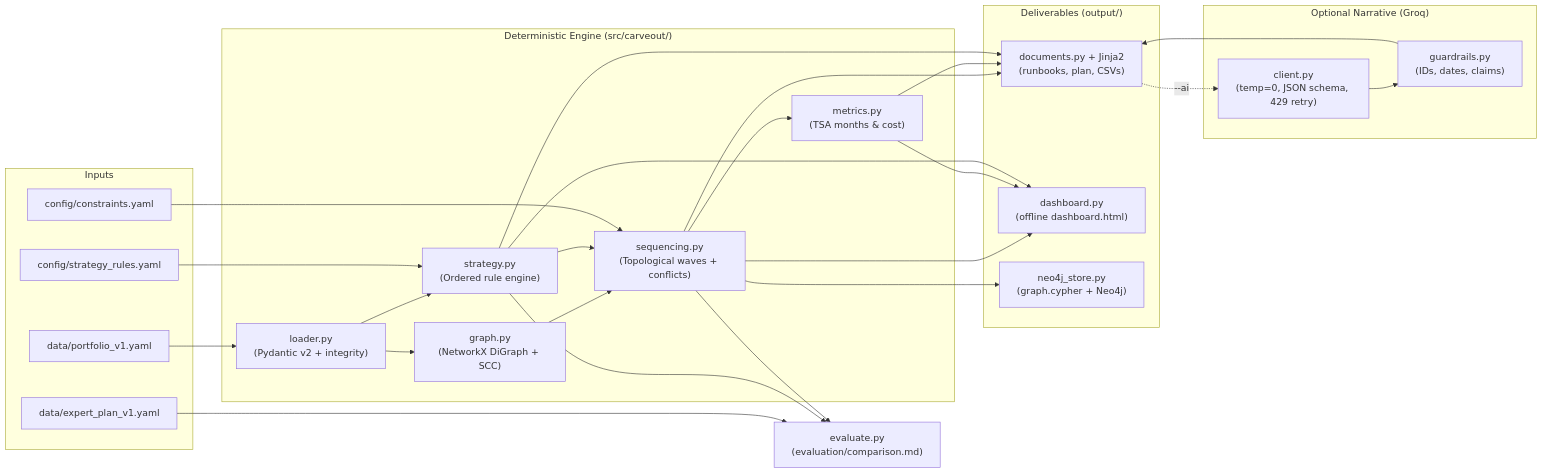
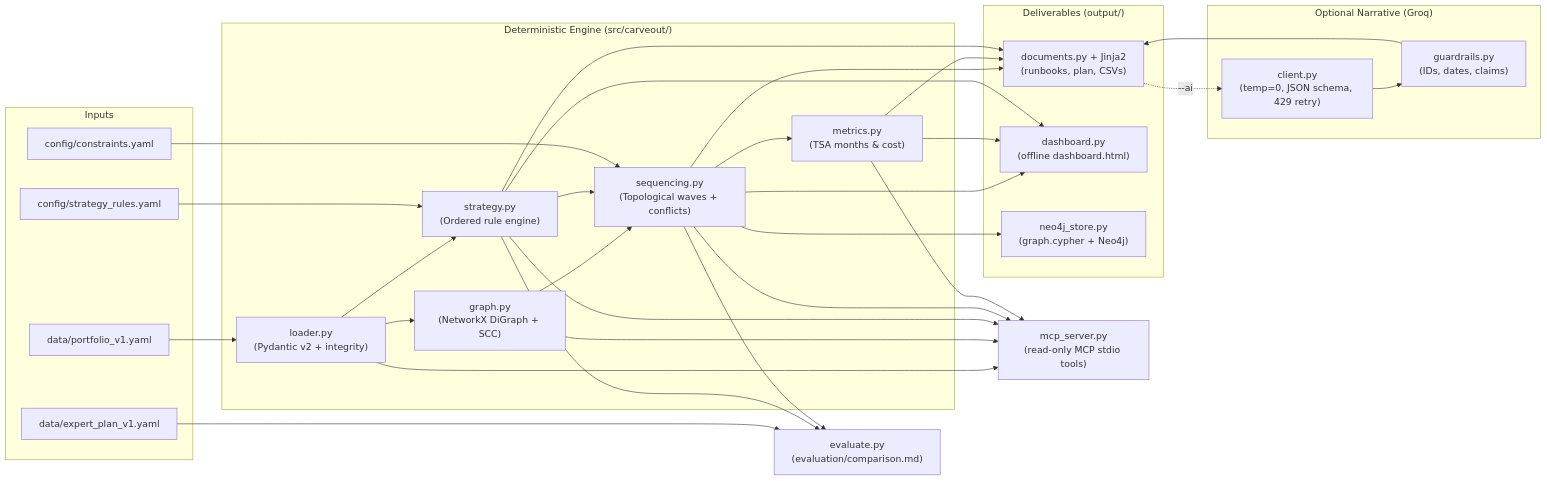
One commit to maryem37/splitwise-it changed the first of 2 diagrams in docs/architecture.md. Above: the diagram before and after it, drawn with Mermaid. The commit also changed other lines of this file and 4 other files, not shown here.

Commit message:
feat: expose read-only MCP server over stdio

````diff
--- a/docs/architecture.md
+++ b/docs/architecture.md
@@ -10,49 +10,55 @@
 ```mermaid
 flowchart LR
     subgraph Inputs
         P["data/portfolio_v1.yaml"]
         R["config/strategy_rules.yaml"]
         C["config/constraints.yaml"]
         E["data/expert_plan_v1.yaml"]
     end
 
     subgraph Core["Deterministic Engine (src/carveout/)"]
         L["loader.py\n(Pydantic v2 + integrity)"]
         G["graph.py\n(NetworkX DiGraph + SCC)"]
         S["strategy.py\n(Ordered rule engine)"]
         Q["sequencing.py\n(Topological waves + conflicts)"]
         M["metrics.py\n(TSA months & cost)"]
     end
 
     subgraph Outputs["Deliverables (output/)"]
         D["documents.py + Jinja2\n(runbooks, plan, CSVs)"]
         UI["dashboard.py\n(offline dashboard.html)"]
         N4["neo4j_store.py\n(graph.cypher + Neo4j)"]
     end
 
     subgraph AI["Optional Narrative (Groq)"]
         CL["client.py\n(temp=0, JSON schema, 429 retry)"]
         GR["guardrails.py\n(IDs, dates, claims)"]
     end
 
     EV["evaluate.py\n(evaluation/comparison.md)"]
+    MCP["mcp_server.py\n(read-only MCP stdio tools)"]
 
     P --> L --> G
     L --> S
     R --> S
     G --> Q
     S --> Q
     C --> Q
     Q --> M
     Q --> D
     M --> D
     S --> D
     Q --> UI
     M --> UI
     S --> UI
     Q --> N4
     D -. "--ai" .-> CL --> GR --> D
     S --> EV
     Q --> EV
     E --> EV
+    L --> MCP
+    G --> MCP
+    S --> MCP
+    Q --> MCP
+    M --> MCP
 ```
````
